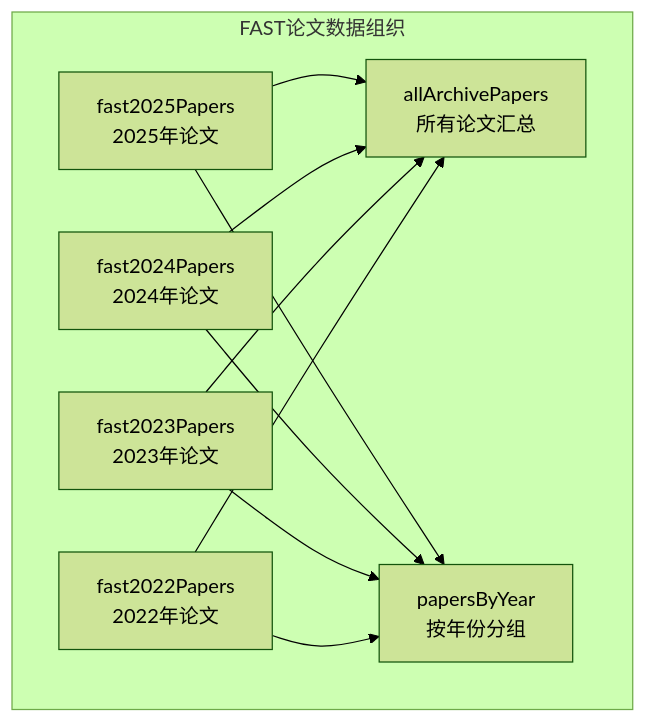
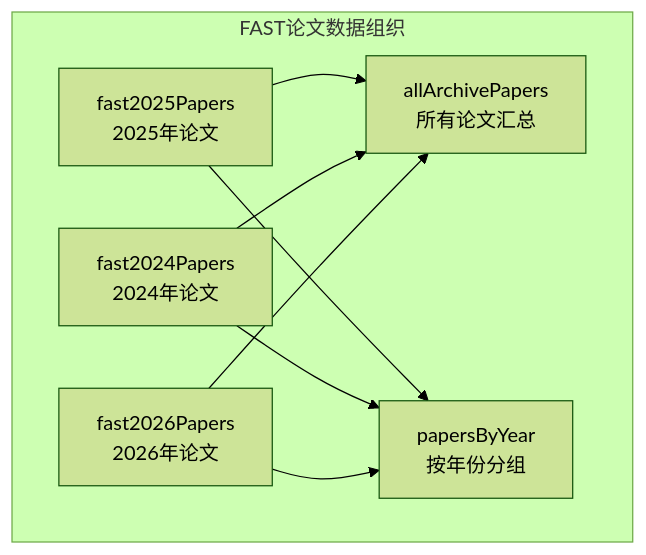
Diagram 11 of 18 in .qoder/repowiki/zh/content/数据模型/数据模型.md (erikliu123/storage_ai_blog), drawn with Mermaid (forest theme) before and after one commit. The commit also changed other lines of this file and 80 other files, not shown here.

````diff
--- a/.qoder/repowiki/zh/content/数据模型/数据模型.md
+++ b/.qoder/repowiki/zh/content/数据模型/数据模型.md
@@ -405,19 +561,16 @@
 ```mermaid
 graph TB
 subgraph "FAST论文数据组织"
 A[fast2025Papers<br/>2025年论文]
 B[fast2024Papers<br/>2024年论文]
-C[fast2023Papers<br/>2023年论文]
-D[fast2022Papers<br/>2022年论文]
-E[allArchivePapers<br/>所有论文汇总]
-F[papersByYear<br/>按年份分组]
+C[fast2026Papers<br/>2026年论文]
+D[allArchivePapers<br/>所有论文汇总]
+E[papersByYear<br/>按年份分组]
 end
+A --> D
+B --> D
+C --> D
 A --> E
 B --> E
 C --> E
-D --> E
-A --> F
-B --> F
-C --> F
-D --> F
 ```
````
